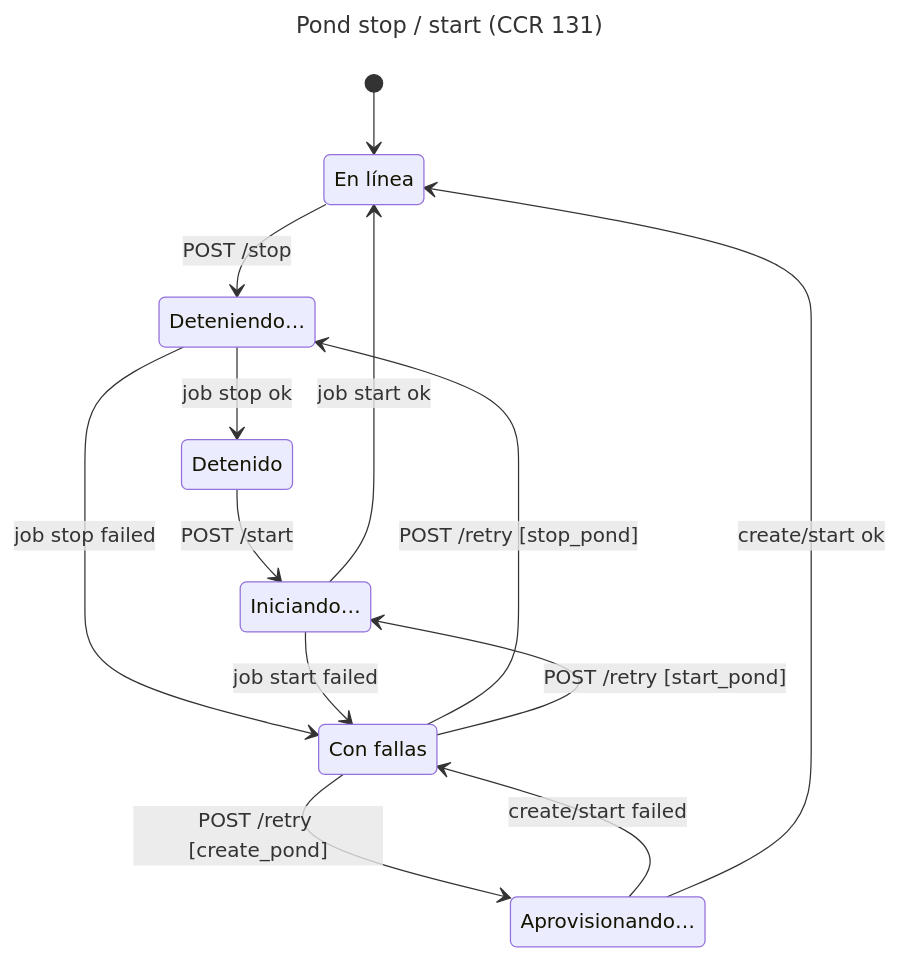
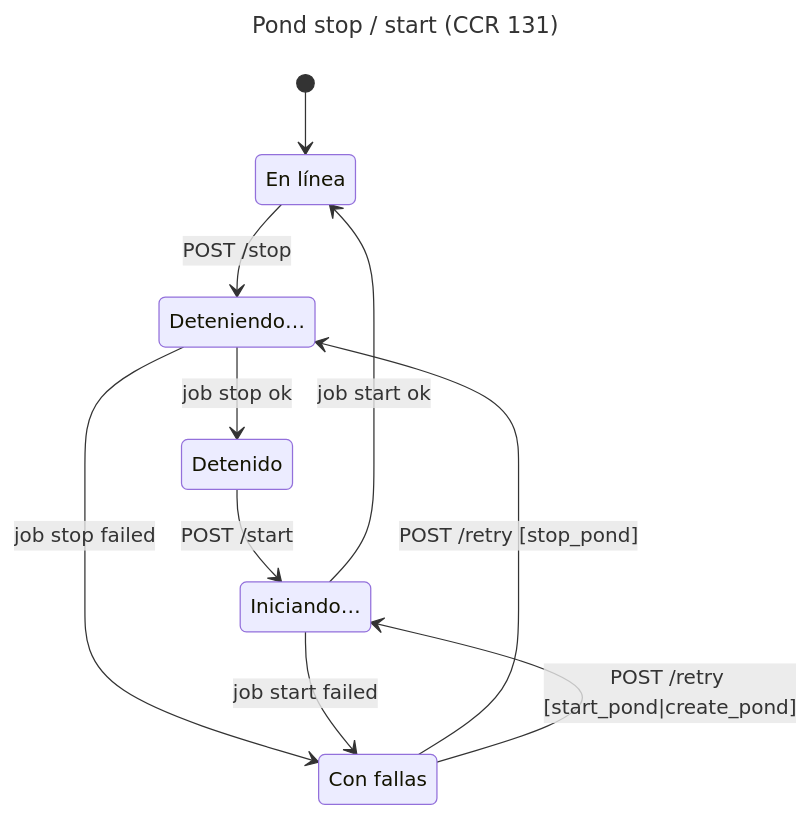
The diagram in docs/architecture/statecharts/pond-stop-start/pond-stop-start.mmd (carloshugoeg/koicloud), drawn with Mermaid before and after one commit. The commit also changed 11 other files, not shown here.

First line of the commit message:
docs(ponds): five-state CCR 131 chart without provisioning

```diff
--- a/docs/architecture/statecharts/pond-stop-start/pond-stop-start.mmd
+++ b/docs/architecture/statecharts/pond-stop-start/pond-stop-start.mmd
@@ -1,27 +1,22 @@
 ---
 title: "Pond stop / start (CCR 131)"
 ---
 stateDiagram-v2
   [*] --> running
 
   state "En línea" as running
   state "Deteniendo…" as stopping
   state "Detenido" as stopped
   state "Iniciando…" as starting
   state "Con fallas" as error
-  state "Aprovisionando…" as provisioning
 
   running --> stopping: POST /stop
   stopping --> stopped: job stop ok
   stopped --> starting: POST /start
   starting --> running: job start ok
 
   stopping --> error: job stop failed
   starting --> error: job start failed
-  provisioning --> error: create/start failed
 
   error --> stopping: POST /retry [stop_pond]
-  error --> starting: POST /retry [start_pond]
-  error --> provisioning: POST /retry [create_pond]
-
-  provisioning --> running: create/start ok
+  error --> starting: POST /retry [start_pond|create_pond]
```
